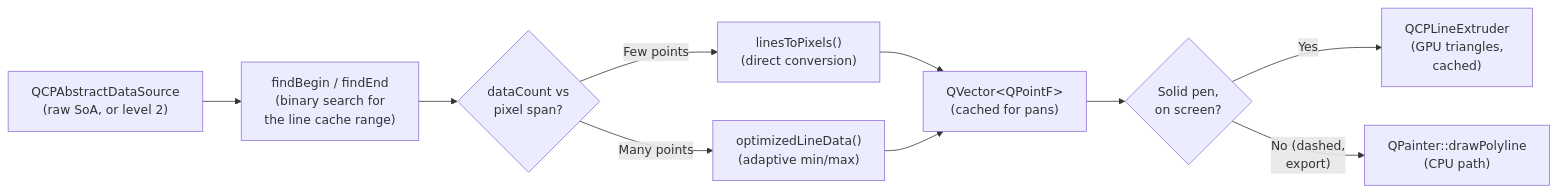
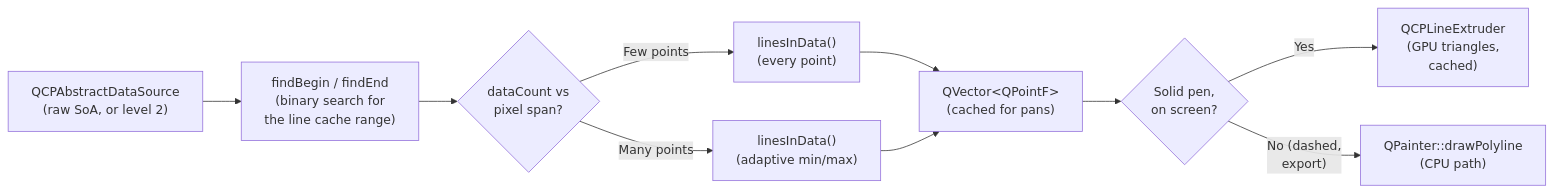
The third of 3 diagrams in docs/architecture/adaptive-sampling.md (SciQLop/NeoQCP), drawn with Mermaid before and after one commit. The commit also changed other lines of this file and 34 other files, not shown here.

Commit message:
docs(neoqcp-3): milestone 5c — one graph

````diff
--- a/docs/architecture/adaptive-sampling.md
+++ b/docs/architecture/adaptive-sampling.md
@@ -140,12 +138,12 @@
 ```mermaid
 flowchart LR
     A["QCPAbstractDataSource<br/>(raw SoA, or level 2)"] --> B["findBegin / findEnd<br/>(binary search for<br/>the line cache range)"]
     B --> C{"dataCount vs<br/>pixel span?"}
-    C -->|"Few points"| D["linesToPixels()<br/>(direct conversion)"]
-    C -->|"Many points"| E["optimizedLineData()<br/>(adaptive min/max)"]
+    C -->|"Few points"| D["linesInData()<br/>(every point)"]
+    C -->|"Many points"| E["linesInData()<br/>(adaptive min/max)"]
     D --> F["QVector&lt;QPointF&gt;<br/>(cached for pans)"]
     E --> F
     F --> G{"Solid pen,<br/>on screen?"}
     G -->|Yes| H["QCPLineExtruder<br/>(GPU triangles,<br/>cached)"]
     G -->|"No (dashed,<br/>export)"| I["QPainter::drawPolyline<br/>(CPU path)"]
 ```
````
